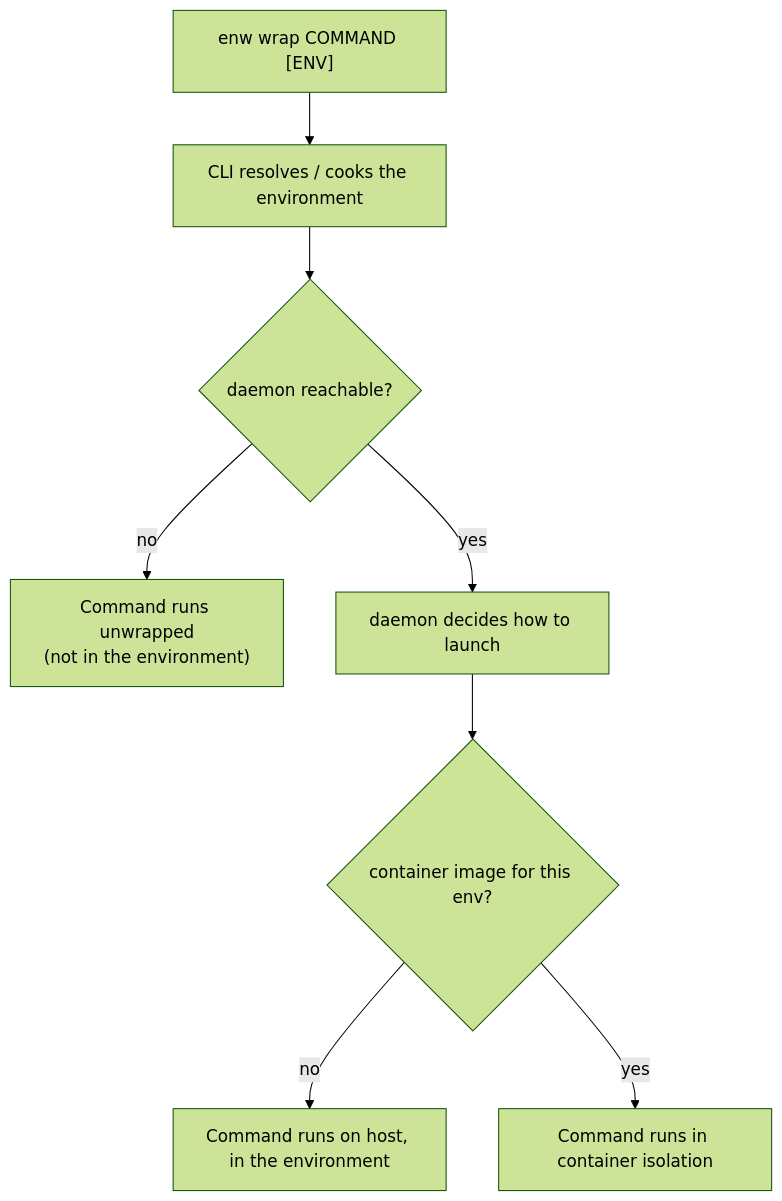
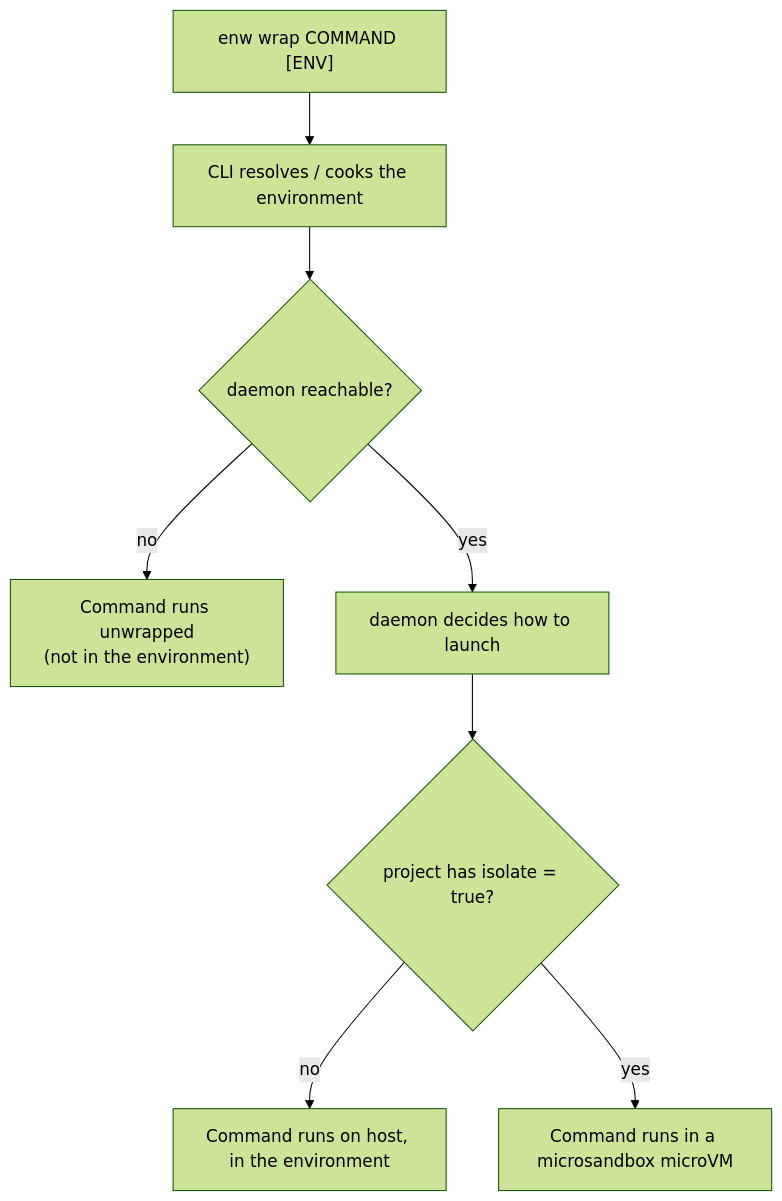
The diagram in docs/src/content/docs/launching-apps.md (kantord/enwiro), drawn with Mermaid (forest theme) before and after one commit. The commit also changed other lines of this file and 10 other files, not shown here.

````diff
--- a/docs/src/content/docs/launching-apps.md
+++ b/docs/src/content/docs/launching-apps.md
@@ -34,11 +34,11 @@
 ```mermaid
 flowchart TD
     A["enw wrap COMMAND [ENV]"] --> B["CLI resolves / cooks the environment"]
     B --> C{"daemon reachable?"}
     C -- "no" --> H["Command runs unwrapped<br/>(not in the environment)"]
     C -- "yes" --> D["daemon decides how to launch"]
-    D --> E{"container image for this env?"}
+    D --> E{"project has isolate = true?"}
     E -- "no" --> F["Command runs on host, in the environment"]
-    E -- "yes" --> G["Command runs in container isolation"]
-    click G "#the-container-isolation-path-experimental" "How container isolation runs your command"
+    E -- "yes" --> G["Command runs in a microsandbox microVM"]
+    click G "#the-isolation-path-experimental" "How isolation runs your command"
 ```
````
